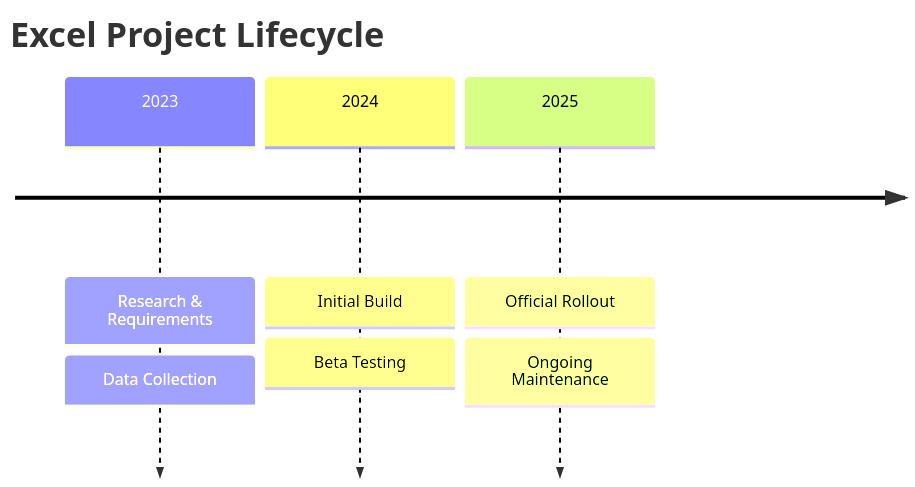
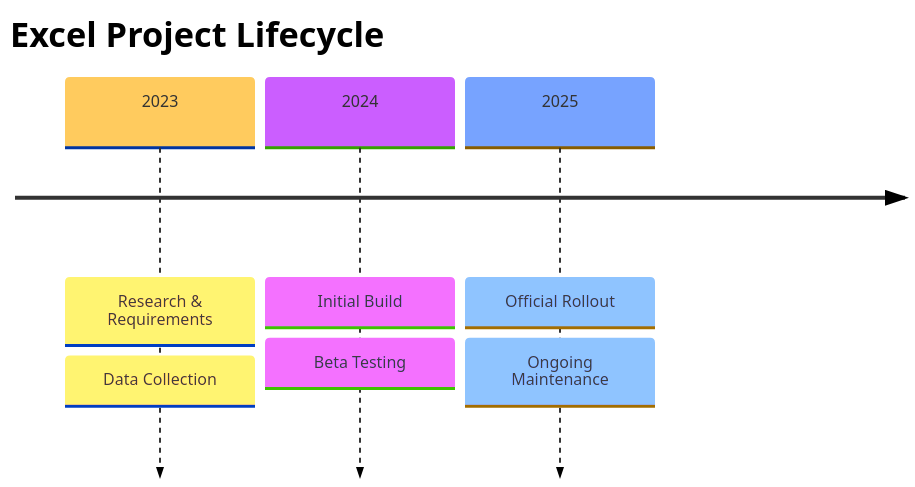
The diagram in mc-git-kb/docs/timelines/technical.md (MPMc-Git/McGitNotes), drawn with Mermaid before and after one commit.

Commit message:
bulletproof!

````diff
--- a/mc-git-kb/docs/timelines/technical.md
+++ b/mc-git-kb/docs/timelines/technical.md
@@ -8,7 +8,8 @@
 ```mermaid
+%%{init: { 'theme': 'base', 'themeVariables': { 'timelineLineColor': '#000', 'sectionBkgColor': '#fff', 'sectionTextColor': '#000', 'mainBkgColor': '#fff', 'nodeTextColor': '#000', 'lineColor': '#000', 'nodeBorderColor': '#000', 'textColor': '#000' } } }%%
 timeline
     title Excel Project Lifecycle
     2023 : Research & Requirements : Data Collection
     2024 : Initial Build : Beta Testing
     2025 : Official Rollout : Ongoing Maintenance
 ```
````
